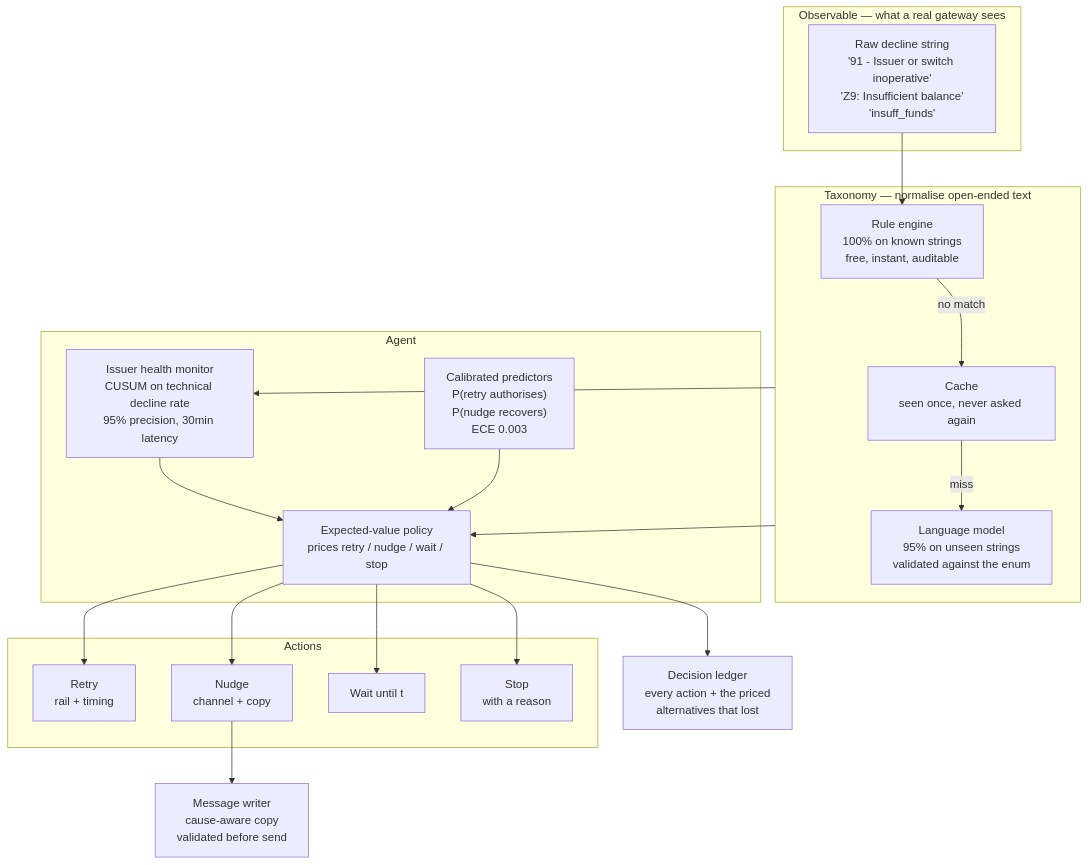
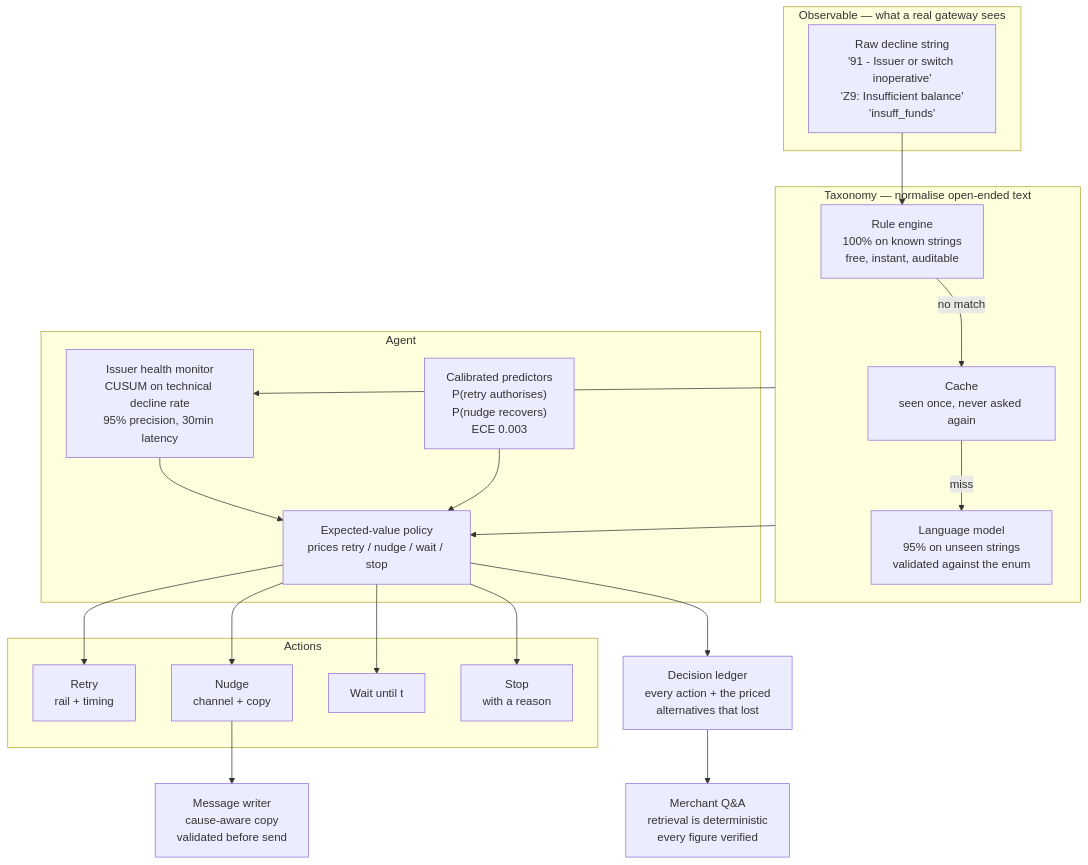
One commit to ishanrajsingh/kintsugi changed the diagram in ARCHITECTURE.md. Above: the diagram before and after it, drawn with Mermaid. The commit also changed other lines of this file and 4 other files, not shown here.

````diff
--- a/ARCHITECTURE.md
+++ b/ARCHITECTURE.md
@@ -38,38 +38,39 @@
 ```mermaid
 flowchart TB
     subgraph obs["Observable — what a real gateway sees"]
         RAW["Raw decline string<br/>'91 - Issuer or switch inoperative'<br/>'Z9: Insufficient balance'<br/>'insuff_funds'"]
     end
 
     subgraph tax["Taxonomy — normalise open-ended text"]
         RULES["Rule engine<br/>100% on known strings<br/>free, instant, auditable"]
         CACHE["Cache<br/>seen once, never asked again"]
         LLM["Language model<br/>95% on unseen strings<br/>validated against the enum"]
         RULES -->|no match| CACHE -->|miss| LLM
     end
 
     subgraph agent["Agent"]
         MON["Issuer health monitor<br/>CUSUM on technical decline rate<br/>95% precision, 30min latency"]
         PRED["Calibrated predictors<br/>P(retry authorises)<br/>P(nudge recovers)<br/>ECE 0.003"]
         EV["Expected-value policy<br/>prices retry / nudge / wait / stop"]
         MON --> EV
         PRED --> EV
     end
 
     subgraph act["Actions"]
         RETRY["Retry<br/>rail + timing"]
         NUDGE["Nudge<br/>channel + copy"]
         WAIT["Wait until t"]
         STOP["Stop<br/>with a reason"]
     end
 
     COPY["Message writer<br/>cause-aware copy<br/>validated before send"]
     LEDGER["Decision ledger<br/>every action + the priced<br/>alternatives that lost"]
+    ASK["Merchant Q&A<br/>retrieval is deterministic<br/>every figure verified"]
 
     RAW --> RULES
     tax --> MON
     tax --> EV
     EV --> RETRY & NUDGE & WAIT & STOP
     NUDGE --> COPY
-    EV --> LEDGER
+    EV --> LEDGER --> ASK
 ```
````
